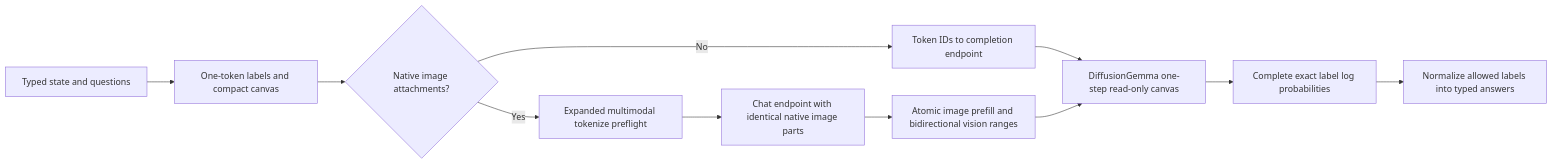
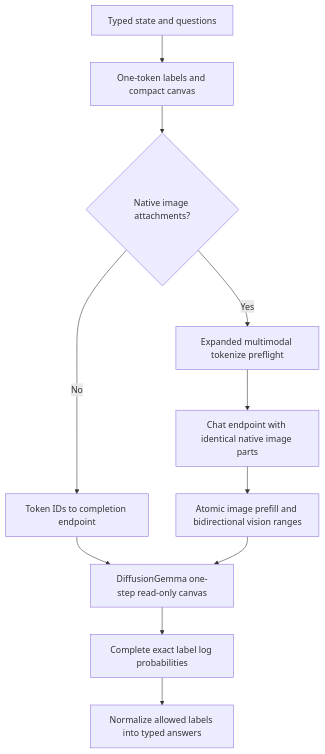
Before and after one commit to lenkard/djev-dev: the diagram in docs/runtime.md, drawn with Mermaid. The commit also changed 2 other files, not shown here.

Commit message:
Make architecture diagrams readable on narrow screens

````diff
--- a/docs/runtime.md
+++ b/docs/runtime.md
@@ -113,13 +113,13 @@
 ```mermaid
-flowchart LR
+flowchart TB
   A[Typed state and questions] --> B[One-token labels and compact canvas]
   B --> C{Native image attachments?}
   C -->|No| D[Token IDs to completion endpoint]
   C -->|Yes| E[Expanded multimodal tokenize preflight]
   E --> F[Chat endpoint with identical native image parts]
   D --> G[DiffusionGemma one-step read-only canvas]
   F --> H[Atomic image prefill and bidirectional vision ranges]
   H --> G
   G --> I[Complete exact label log probabilities]
   I --> J[Normalize allowed labels into typed answers]
 ```
````
